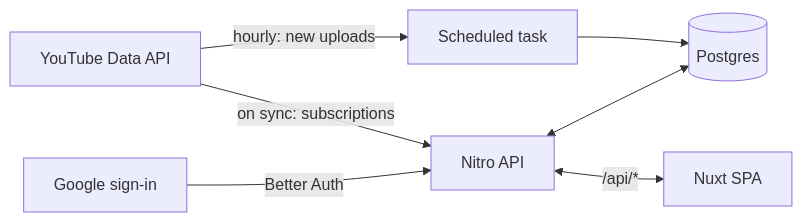
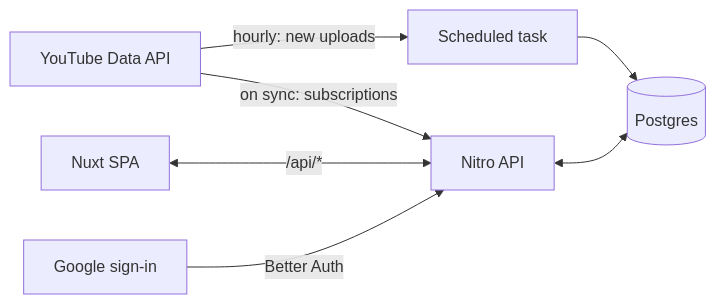
One commit to replikduplik/your-timeline-site changed the diagram in README.md. Above: the diagram before and after it, drawn with Mermaid.

Commit message:
docs: keep architecture diagram clear of viewer controls

````diff
--- a/README.md
+++ b/README.md
@@ -64,9 +64,9 @@
 ```mermaid
 flowchart LR
     YT["YouTube Data API"] -->|"hourly: new uploads"| JOB[Scheduled task]
     YT -->|"on sync: subscriptions"| API[Nitro API]
     JOB --> PG[(Postgres)]
     API <--> PG
-    API <-->|"/api/*"| WEB[Nuxt SPA]
+    WEB[Nuxt SPA] <-->|"/api/*"| API
     G["Google sign-in"] -->|Better Auth| API
 ```
````
